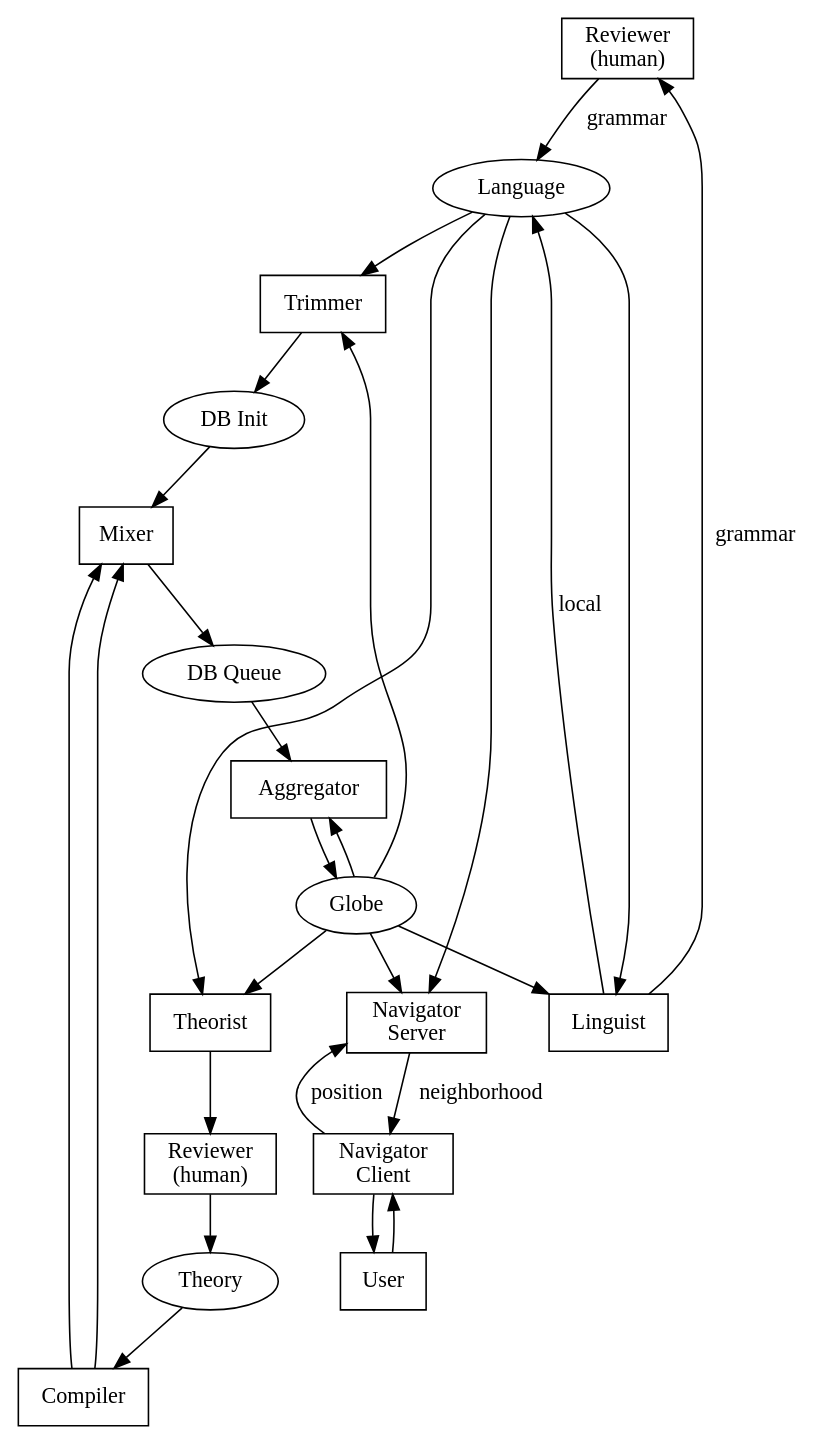
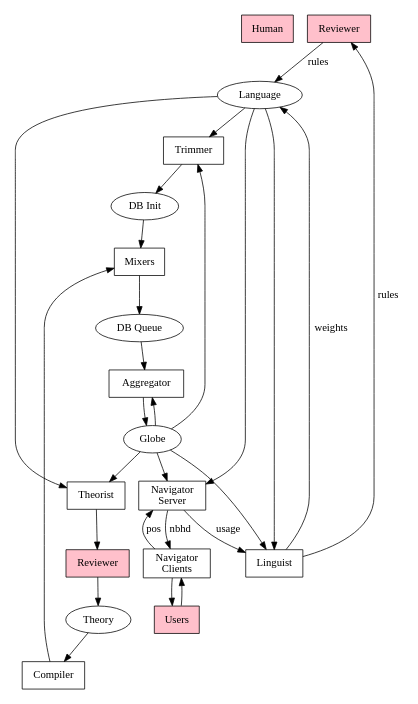
The diagram in doc/architecture.dot (fritzo/pomagma), drawn with Graphviz before and after one commit. The commit also changed 4 other files, not shown here.

Commit message:
Added architectural components to roadmap

```diff
--- a/doc/architecture.dot
+++ b/doc/architecture.dot
@@ -1,44 +1,49 @@
 digraph G {
+	overlap=false;
+	//rankdir=LR;
+	size="6,6";
+
 	node [shape=box];
+	Human [style=filled, fillcolor=pink];
 
-	lang_reviewer [label="Reviewer\n(human)"];
-	theory_reviewer [label="Reviewer\n(human)"];
+	lang_reviewer [label="Reviewer", style=filled, fillcolor=pink];
+	theory_reviewer [label="Reviewer", style=filled, fillcolor=pink];
 	db_init [label="DB Init"];
 	db_queue [label="DB Queue"];
 
 	Globe -> Trimmer;
 	Language -> Trimmer;
-	Trimmer -> db_init -> Mixer -> db_queue -> Aggregator -> Globe;
+	Trimmer -> db_init -> Mixers -> db_queue -> Aggregator -> Globe;
 	Globe -> Aggregator;
 
 	Globe -> Theorist;
 	Language ->  Theorist;
-	Theorist -> theory_reviewer -> Theory -> Compiler -> Mixer;
-	Compiler -> Mixer;
+	Theorist -> theory_reviewer -> Theory -> Compiler -> Mixers;
 
 	Globe -> Linguist;
 	Language -> Linguist;
-	Linguist -> Language [label="local"];
-	Linguist -> lang_reviewer -> Language [label="grammar"];
+	//Linguist -> lang_reviewer -> Language;
+	Linguist -> Language [label="weights"];
+	Linguist -> lang_reviewer -> Language [label="rules"];
 
 	subgraph navigator {
 		node [shape=box];
+		Users [style=filled, fillcolor=pink];
 		nav_server [label="Navigator\nServer"];
-		nav_client [label="Navigator\nClient"];
-		nav_server -> nav_client [label="neighborhood"];
-		nav_client -> nav_server [label="position"];
-		nav_client -> User;
-		User -> nav_client;
+		nav_clients [label="Navigator\nClients"];
+		nav_server -> nav_clients [label="nbhd"];
+		nav_clients -> nav_server [label="pos"];
+		nav_clients -> Users;
+		Users -> nav_clients;
 		label = "Navigator";
 	}
 	Globe -> nav_server;
 	Language -> nav_server;
+	nav_server -> Linguist [label="usage"];
 
 	db_queue [shape=ellipse];
 	Language [shape=ellipse];
 	Theory [shape=ellipse];
 	Globe [shape=ellipse];
 	db_init [shape=ellipse];
-
-	overlap=false;
 }
```
